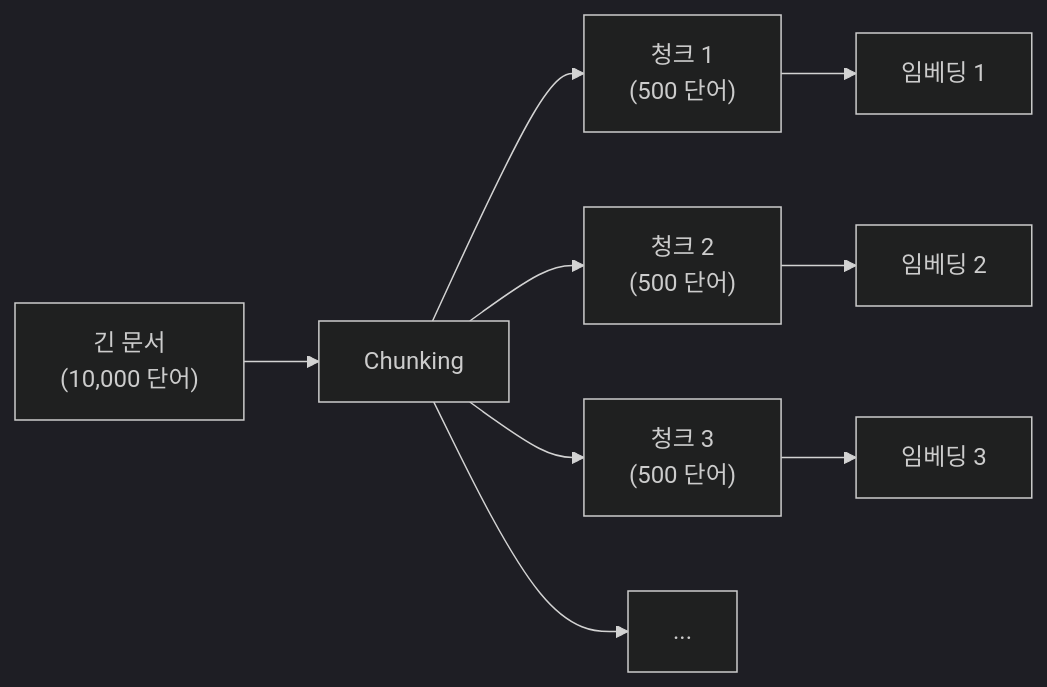
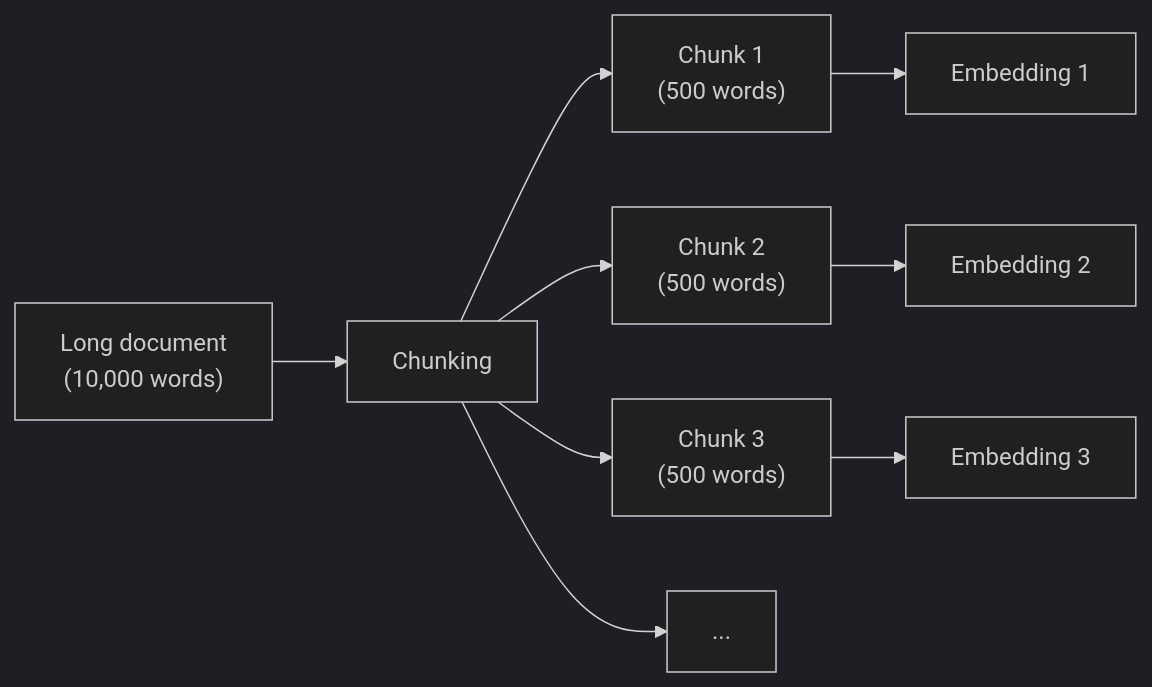
Before and after one commit to cartanova-ai/sonamu: the diagram in modules/docs/en/advanced-features/vector-search/chunking.mdx, drawn with Mermaid (dark theme). The commit also changed other lines of this file and 86 other files, not shown here.

````diff
--- a/modules/docs/en/advanced-features/vector-search/chunking.mdx
+++ b/modules/docs/en/advanced-features/vector-search/chunking.mdx
@@ -34,12 +34,12 @@
 ```mermaid
 flowchart LR
-    D["긴 문서<br/>(10,000 단어)"] --> C[Chunking]
-    C --> C1["청크 1<br/>(500 단어)"]
-    C --> C2["청크 2<br/>(500 단어)"]
-    C --> C3["청크 3<br/>(500 단어)"]
+    D["Long document<br/>(10,000 words)"] --> C[Chunking]
+    C --> C1["Chunk 1<br/>(500 words)"]
+    C --> C2["Chunk 2<br/>(500 words)"]
+    C --> C3["Chunk 3<br/>(500 words)"]
     C --> C4["..."]
-    
-    C1 --> E1[임베딩 1]
-    C2 --> E2[임베딩 2]
-    C3 --> E3[임베딩 3]
+
+    C1 --> E1[Embedding 1]
+    C2 --> E2[Embedding 2]
+    C3 --> E3[Embedding 3]
 ```
````
